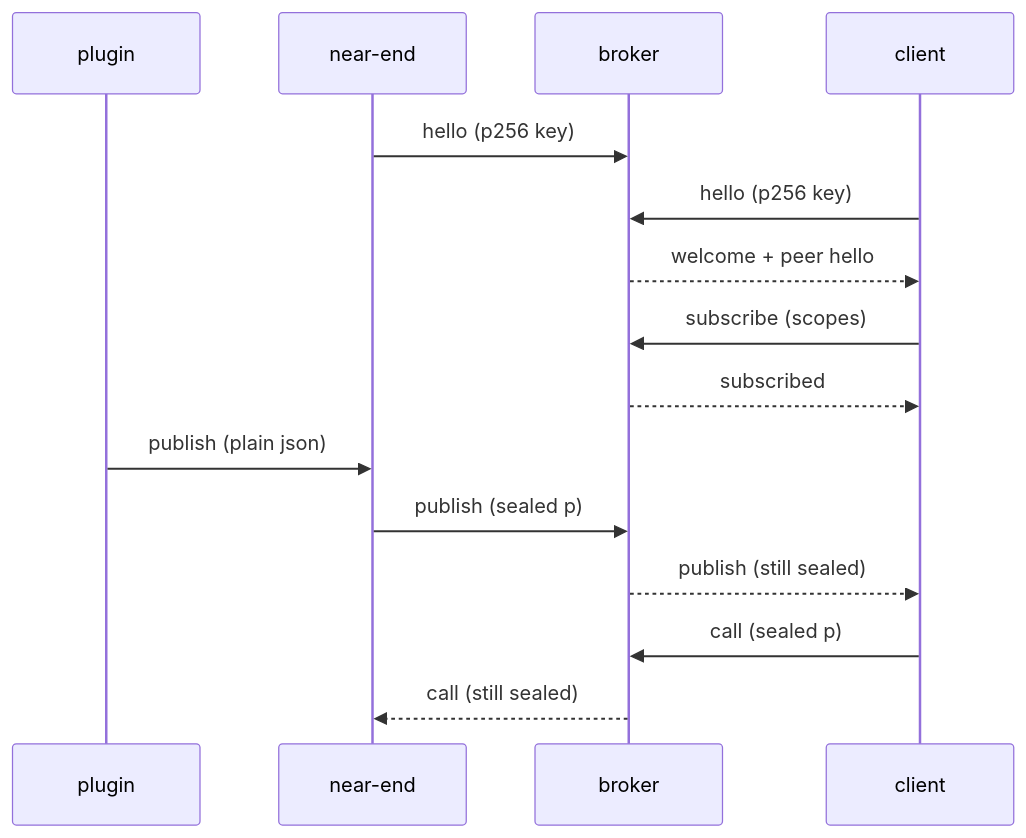
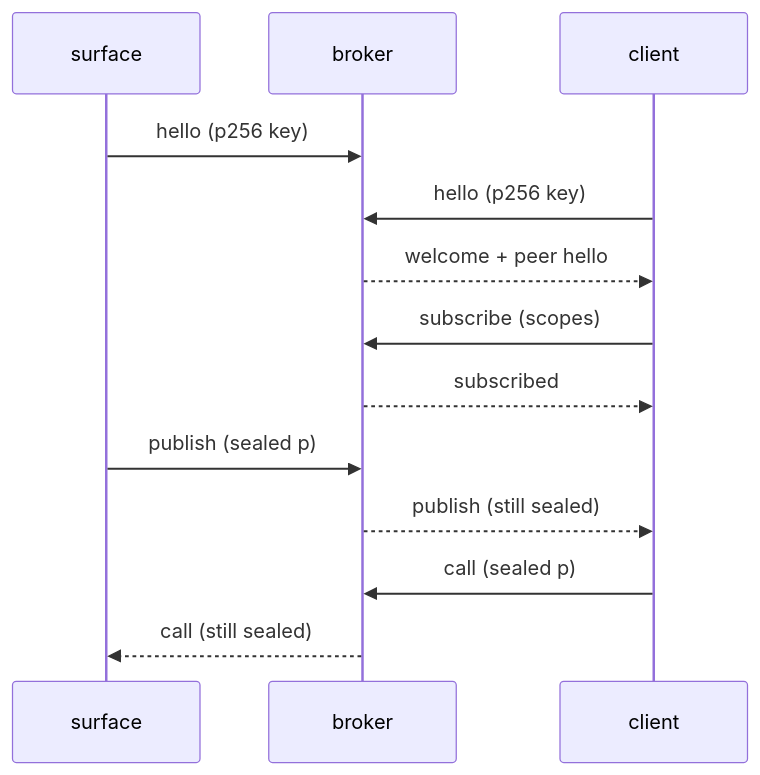
The diagram in docs/diagrams/session.mmd (maceip/conduit), drawn with Mermaid before and after one commit. The commit also changed 11 other files, not shown here.

Commit message:
docs, spec: keep protocol strictly surface <-> broker <-> client; demote near-end to optional bridge

```diff
--- a/docs/diagrams/session.mmd
+++ b/docs/diagrams/session.mmd
@@ -1,15 +1,13 @@
 sequenceDiagram
-  participant plugin
-  participant near-end
+  participant surface
   participant broker
   participant client
-  near-end->>broker: hello (p256 key)
+  surface->>broker: hello (p256 key)
   client->>broker: hello (p256 key)
   broker-->>client: welcome + peer hello
   client->>broker: subscribe (scopes)
   broker-->>client: subscribed
-  plugin->>near-end: publish (plain json)
-  near-end->>broker: publish (sealed p)
+  surface->>broker: publish (sealed p)
   broker-->>client: publish (still sealed)
   client->>broker: call (sealed p)
-  broker-->>near-end: call (still sealed)
+  broker-->>surface: call (still sealed)
```
